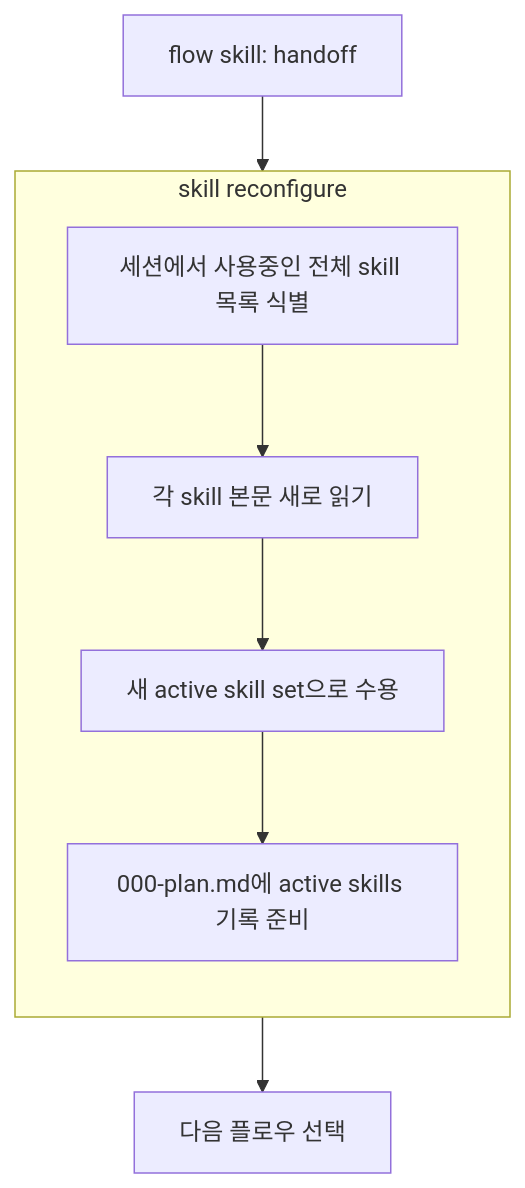
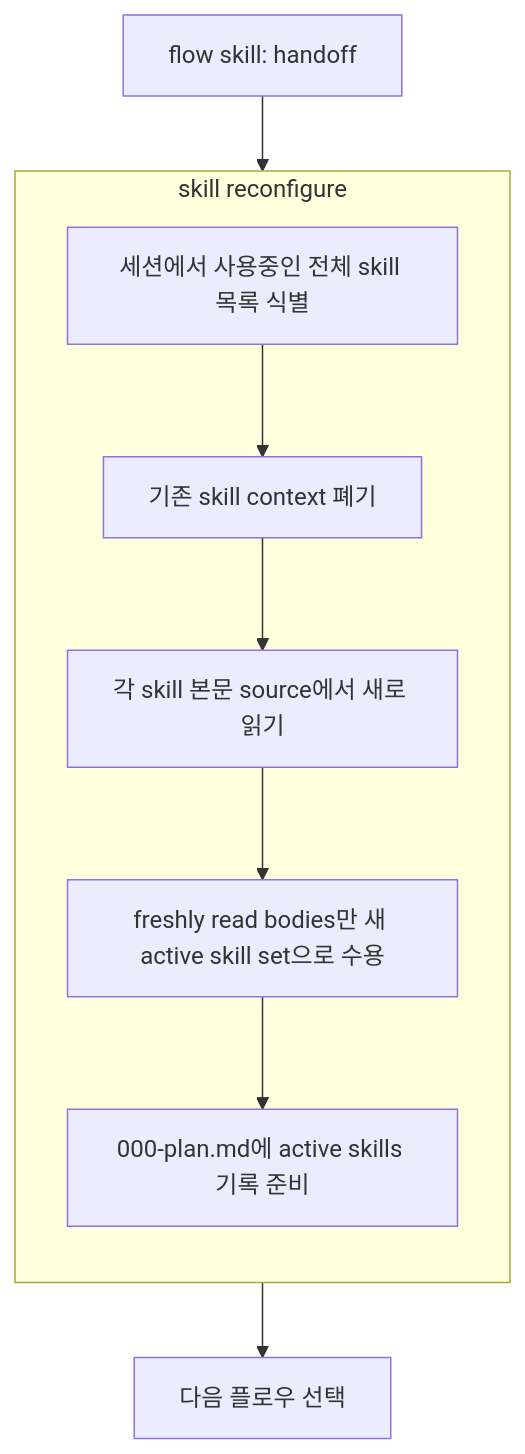
The second of 3 diagrams in src/loop-kit-dev/specs/skills/turn-gate/intent.md (opnay/agent-plugins), drawn with Mermaid before and after one commit. The commit also changed other lines of this file and 13 other files, not shown here.

First line of the commit message:
docs: strengthen turn-gate skill reconfigure reset

````diff
--- a/src/loop-kit-dev/specs/skills/turn-gate/intent.md
+++ b/src/loop-kit-dev/specs/skills/turn-gate/intent.md
@@ -43,16 +44,18 @@
 ```mermaid
 graph TD
   HANDOFF[flow skill: handoff] --> IDENTIFY
   subgraph SKILLRECONFIG[skill reconfigure]
     direction TB
     IDENTIFY[세션에서 사용중인 전체 skill 목록 식별]
-    REREAD[각 skill 본문 새로 읽기]
-    ACCEPT[새 active skill set으로 수용]
+    RESET[기존 skill context 폐기]
+    REREAD[각 skill 본문 source에서 새로 읽기]
+    ACCEPT[freshly read bodies만 새 active skill set으로 수용]
     RECORD[000-plan.md에 active skills 기록 준비]
 
-    IDENTIFY --> REREAD
+    IDENTIFY --> RESET
+    RESET --> REREAD
     REREAD --> ACCEPT
     ACCEPT --> RECORD
   end
   RECORD --> NEXTFLOW[다음 플로우 선택]
 ```
````
